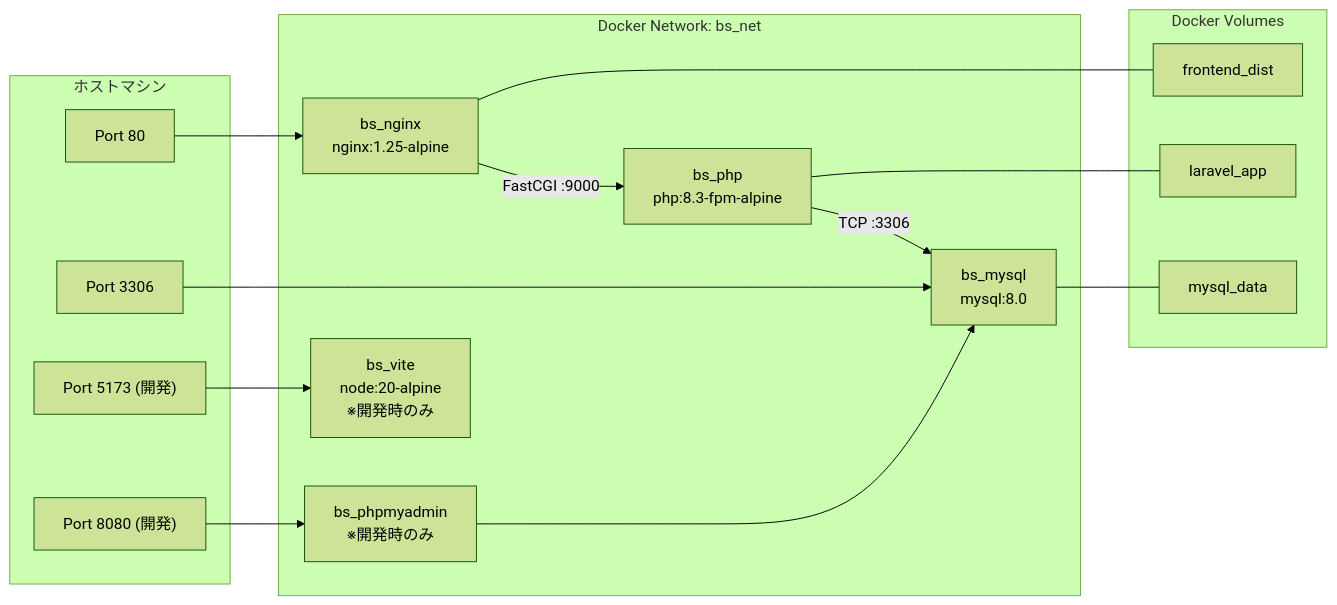
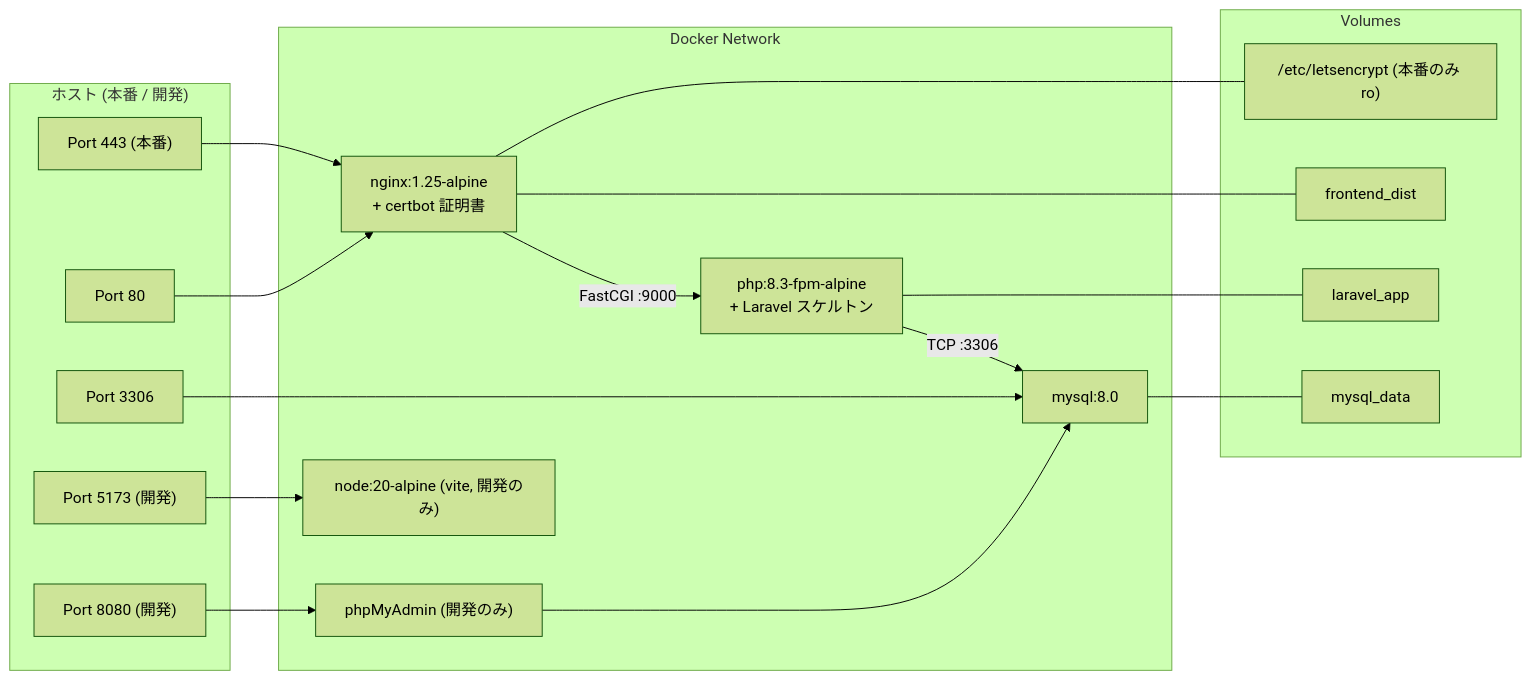
Before and after one commit to makoto-kamimura/docker_balance_sheet: the tenth of 11 diagrams in doc/design.md, drawn with Mermaid (forest theme). The commit also changed other lines of this file and 71 other files, not shown here.

````diff
--- a/doc/design.md
+++ b/doc/design.md
@@ -257,36 +458,40 @@
 ```mermaid
 graph LR
-    subgraph Host["ホストマシン"]
+    subgraph Host["ホスト (本番 / 開発)"]
+        P443["Port 443 (本番)"]
         P80["Port 80"]
         P3306["Port 3306"]
         P5173["Port 5173 (開発)"]
         P8080["Port 8080 (開発)"]
     end
 
-    subgraph Net["Docker Network: bs_net"]
-        Nginx["bs_nginx<br/>nginx:1.25-alpine"]
-        PHP["bs_php<br/>php:8.3-fpm-alpine"]
-        MySQL["bs_mysql<br/>mysql:8.0"]
-        Vite["bs_vite<br/>node:20-alpine<br/>※開発時のみ"]
-        PMA["bs_phpmyadmin<br/>※開発時のみ"]
+    subgraph Net["Docker Network"]
+        Nginx["nginx:1.25-alpine<br/>+ certbot 証明書"]
+        PHP["php:8.3-fpm-alpine<br/>+ Laravel スケルトン"]
+        MySQL["mysql:8.0"]
+        Vite["node:20-alpine (vite, 開発のみ)"]
+        PMA["phpMyAdmin (開発のみ)"]
     end
 
-    subgraph Volumes["Docker Volumes"]
+    subgraph Volumes
         V1["laravel_app"]
         V2["frontend_dist"]
         V3["mysql_data"]
+        V4["/etc/letsencrypt (本番のみ ro)"]
     end
 
+    P443 --> Nginx
     P80 --> Nginx
     P3306 --> MySQL
     P5173 --> Vite
     P8080 --> PMA
 
     Nginx -->|"FastCGI :9000"| PHP
     PHP -->|"TCP :3306"| MySQL
     PMA --> MySQL
 
     PHP --- V1
     Nginx --- V2
     MySQL --- V3
+    Nginx --- V4
 ```
````
